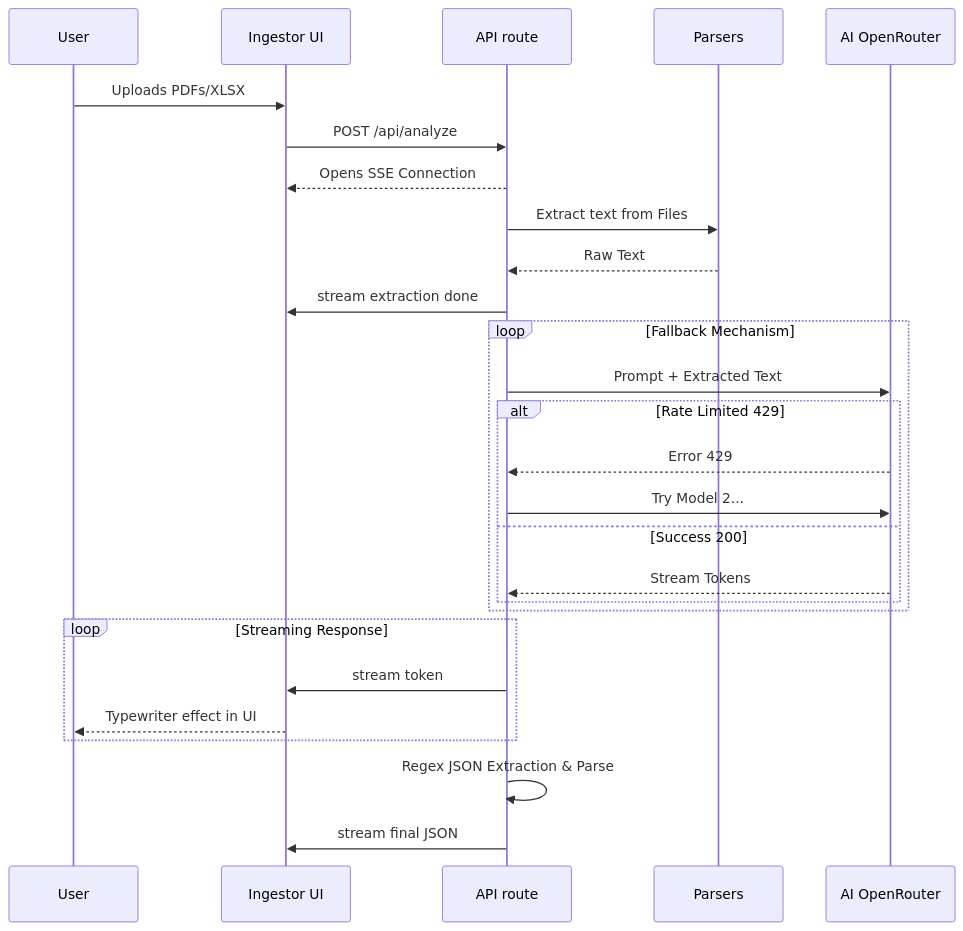
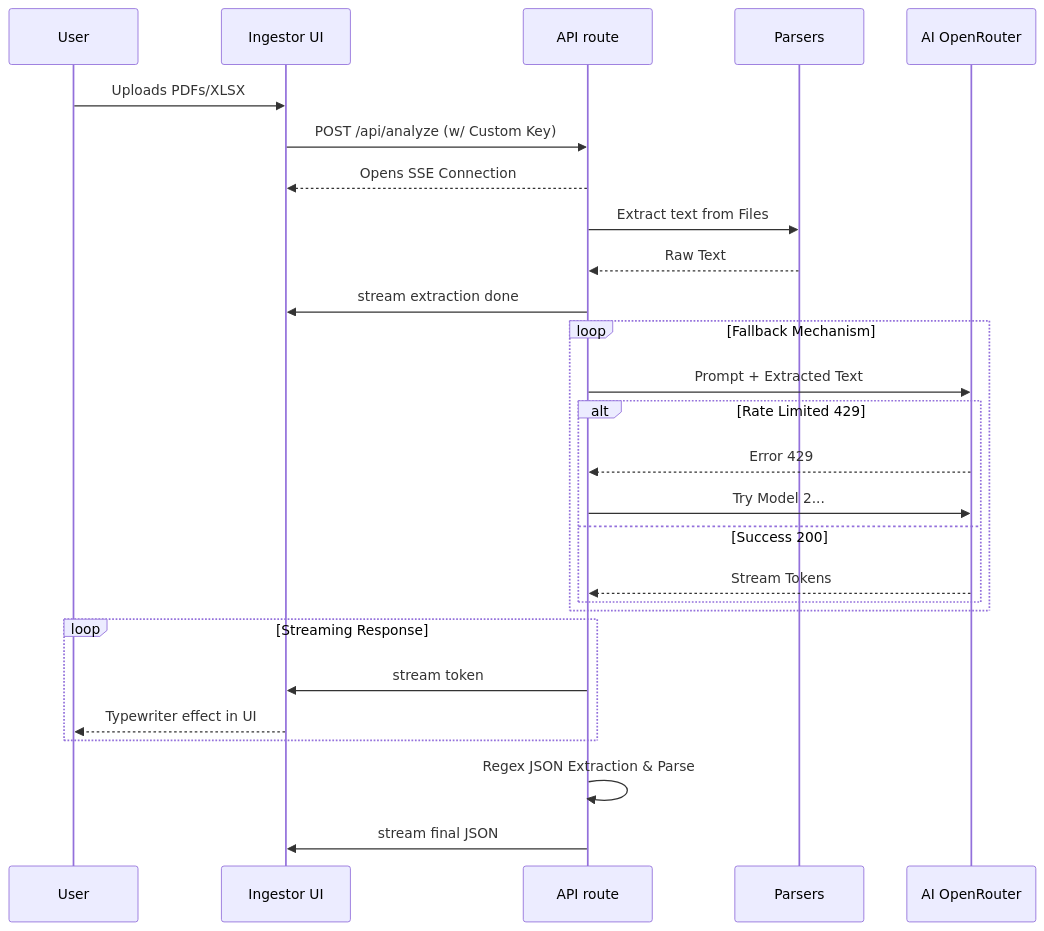
The second of 2 diagrams in README.md (HimanshuxAI/INTELLI-CREDIT-IITH), drawn with Mermaid before and after one commit. The commit also changed other lines of this file, not shown here.

````diff
--- a/README.md
+++ b/README.md
@@ -102,35 +105,35 @@
 ```mermaid
 sequenceDiagram
     participant User
     participant Ingestor UI
     participant API route
     participant Parsers
     participant AI OpenRouter
 
     User->>Ingestor UI: Uploads PDFs/XLSX
-    Ingestor UI->>API route: POST /api/analyze
+    Ingestor UI->>API route: POST /api/analyze (w/ Custom Key)
     API route-->>Ingestor UI: Opens SSE Connection
     
     API route->>Parsers: Extract text from Files
     Parsers-->>API route: Raw Text
     
     API route->>Ingestor UI: stream extraction done
     
     loop Fallback Mechanism
         API route->>AI OpenRouter: Prompt + Extracted Text
         alt Rate Limited 429
             AI OpenRouter-->>API route: Error 429
             API route->>AI OpenRouter: Try Model 2...
         else Success 200
             AI OpenRouter-->>API route: Stream Tokens
         end
     end
     
     loop Streaming Response
         API route->>Ingestor UI: stream token
         Ingestor UI-->>User: Typewriter effect in UI
     end
     
     API route->>API route: Regex JSON Extraction & Parse
     API route->>Ingestor UI: stream final JSON
 ```
````
